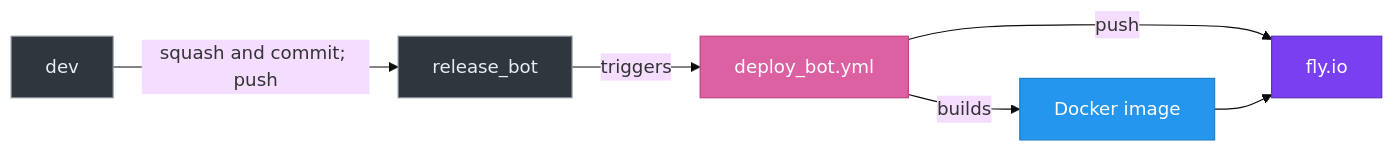
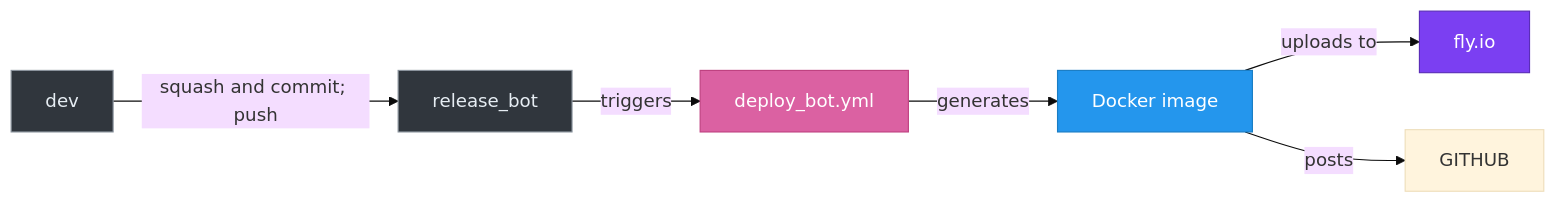
Before and after one commit to Sophon/FightingNerd: the diagram in mermaid/release_bot.mmd, drawn with Mermaid (base theme). The commit also changed 144 other files, not shown here.

```diff
--- a/mermaid/release_bot.mmd
+++ b/mermaid/release_bot.mmd
@@ -1,13 +1,13 @@
 graph LR
     DEV[dev] -->|squash and commit; push| RELEASE[release_bot]
     RELEASE -->|triggers| WORKFLOW[deploy_bot.yml]
-    WORKFLOW -->|builds| DOCKER[Docker image]
-    WORKFLOW -->|push| CLOUD[fly.io]
-    DOCKER --> CLOUD
+    WORKFLOW -->|generates| DOCKER[Docker image]
+    DOCKER -->|uploads to| CLOUD[fly.io]
+    DOCKER --> |posts| GITHUB
 
 
 style DEV fill:#30363d,stroke:#8b949e,color:#e6edf3
 style RELEASE fill:#30363d,stroke:#8b949e,color:#e6edf3
 style WORKFLOW fill:#db61a2,stroke:#bf4080,color:#fff
 style DOCKER fill:#2496ed,stroke:#1a7dc4,color:#fff
 style CLOUD fill:#7b3ff2,stroke:#5a2db8,color:#fff
```
